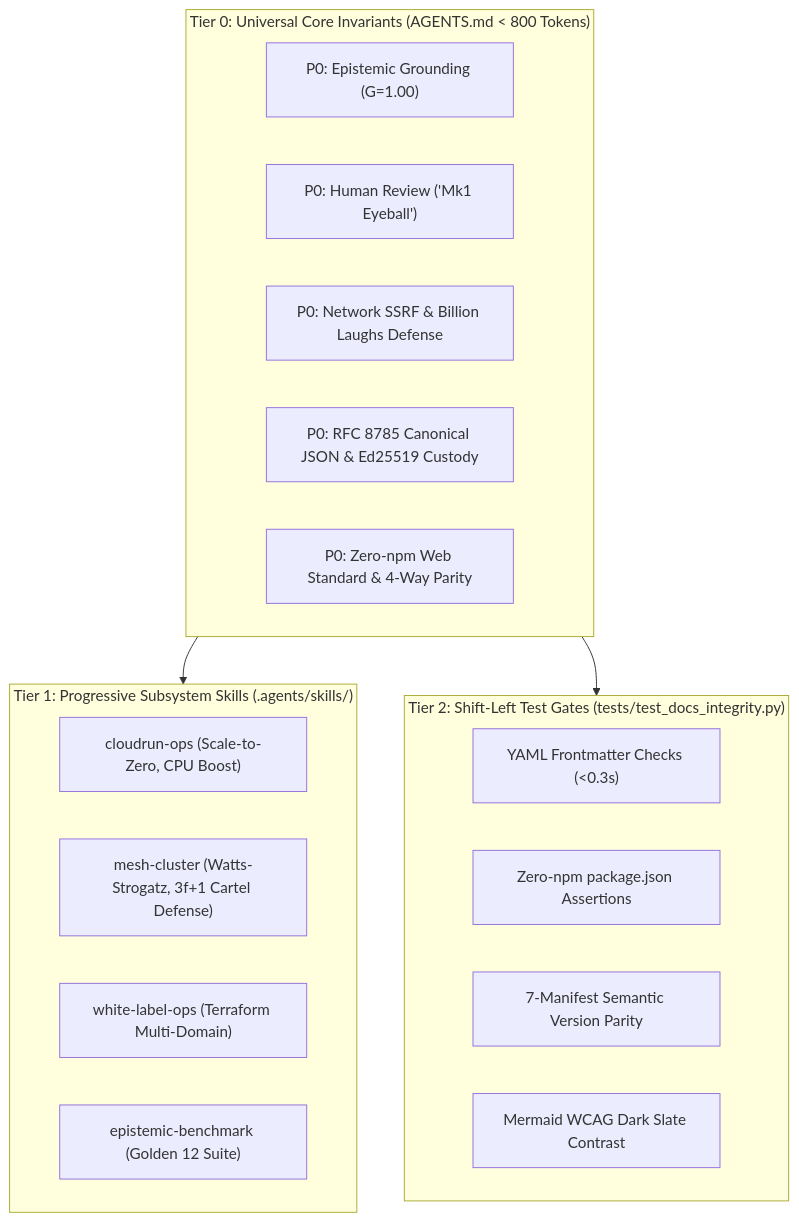
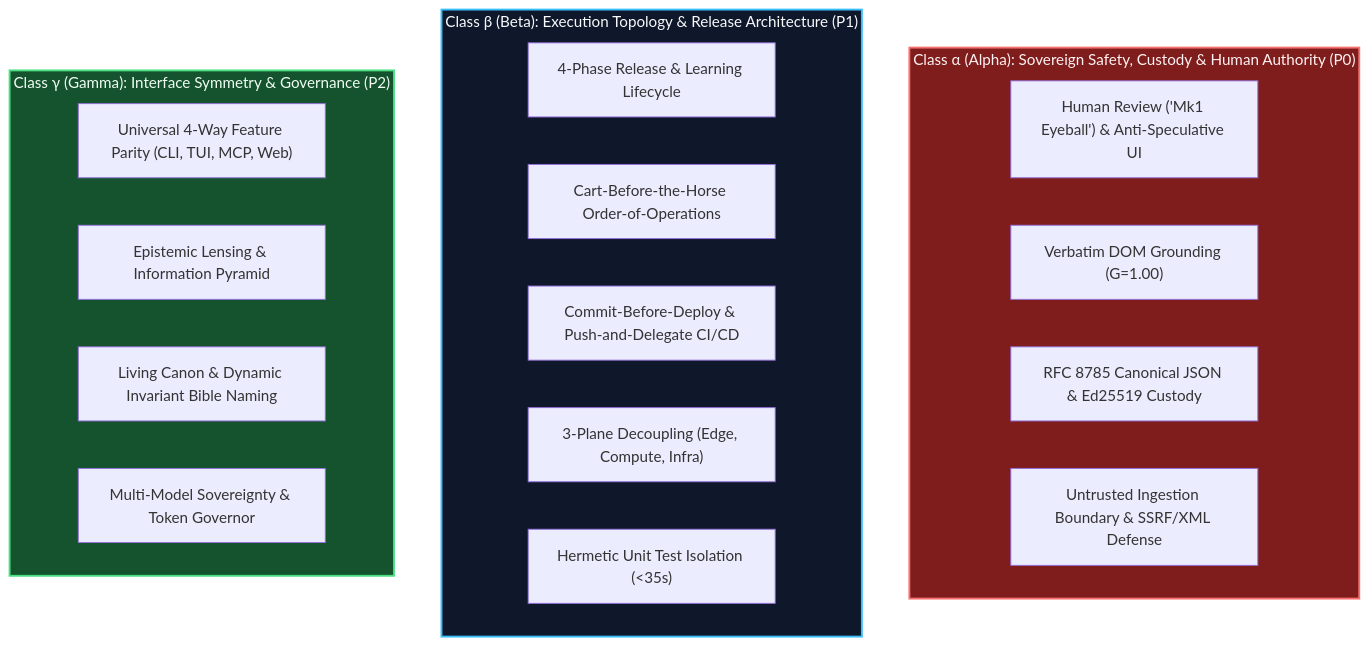
The second of 3 diagrams in blog/the-silicon-hangover.md (artibyrd/credence-docs), drawn with Mermaid before and after one commit. The commit also changed other lines of this file and 13 other files, not shown here.

````diff
--- a/blog/the-silicon-hangover.md
+++ b/blog/the-silicon-hangover.md
@@ -70,27 +70,28 @@
 ```mermaid
 graph TD
-    subgraph T0 ["Tier 0: Universal Core Invariants (AGENTS.md &lt; 800 Tokens)"]
-        T0_A["P0: Epistemic Grounding (G=1.00)"]
-        T0_B["P0: Human Review ('Mk1 Eyeball')"]
-        T0_C["P0: Network SSRF & Billion Laughs Defense"]
-        T0_D["P0: RFC 8785 Canonical JSON & Ed25519 Custody"]
-        T0_E["P0: Zero-npm Web Standard & 4-Way Parity"]
+    subgraph ClassAlpha ["Class α (Alpha): Sovereign Safety, Custody & Human Authority (P0)"]
+        A1["Human Review ('Mk1 Eyeball') & Anti-Speculative UI"]
+        A2["Verbatim DOM Grounding (G=1.00)"]
+        A3["RFC 8785 Canonical JSON & Ed25519 Custody"]
+        A4["Untrusted Ingestion Boundary & SSRF/XML Defense"]
     end
 
-    subgraph T1 ["Tier 1: Progressive Subsystem Skills (.agents/skills/)"]
-        T1_A["cloudrun-ops (Scale-to-Zero, CPU Boost)"]
-        T1_B["mesh-cluster (Watts-Strogatz, 3f+1 Cartel Defense)"]
-        T1_C["white-label-ops (Terraform Multi-Domain)"]
-        T1_D["epistemic-benchmark (Golden 12 Suite)"]
+    subgraph ClassBeta ["Class β (Beta): Execution Topology & Release Architecture (P1)"]
+        B1["4-Phase Release & Learning Lifecycle"]
+        B2["Cart-Before-the-Horse Order-of-Operations"]
+        B3["Commit-Before-Deploy & Push-and-Delegate CI/CD"]
+        B4["3-Plane Decoupling (Edge, Compute, Infra)"]
+        B5["Hermetic Unit Test Isolation (<35s)"]
     end
 
-    subgraph T2 ["Tier 2: Shift-Left Test Gates (tests/test_docs_integrity.py)"]
-        T2_A["YAML Frontmatter Checks (&lt;0.3s)"]
-        T2_B["Zero-npm package.json Assertions"]
-        T2_C["7-Manifest Semantic Version Parity"]
-        T2_D["Mermaid WCAG Dark Slate Contrast"]
+    subgraph ClassGamma ["Class γ (Gamma): Interface Symmetry & Governance (P2)"]
+        C1["Universal 4-Way Feature Parity (CLI, TUI, MCP, Web)"]
+        C2["Epistemic Lensing & Information Pyramid"]
+        C3["Living Canon & Dynamic Invariant Bible Naming"]
+        C4["Multi-Model Sovereignty & Token Governor"]
     end
 
-    T0 --> T1
-    T0 --> T2
+    style ClassAlpha fill:#7f1d1d,stroke:#f87171,stroke-width:2px,color:#fef2f2
+    style ClassBeta fill:#0f172a,stroke:#38bdf8,stroke-width:2px,color:#f8fafc
+    style ClassGamma fill:#14532d,stroke:#4ade80,stroke-width:2px,color:#f0fdf4
 ```
````
